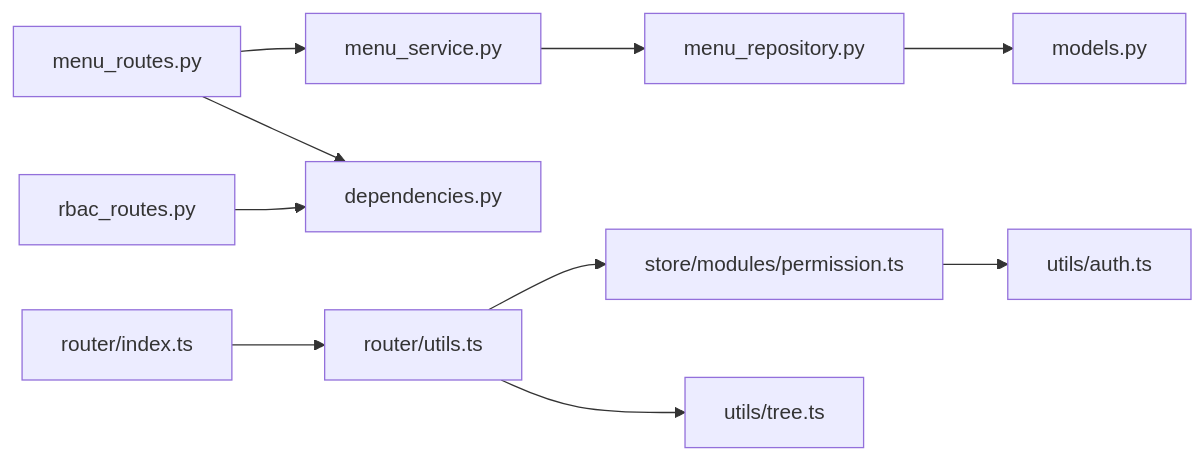
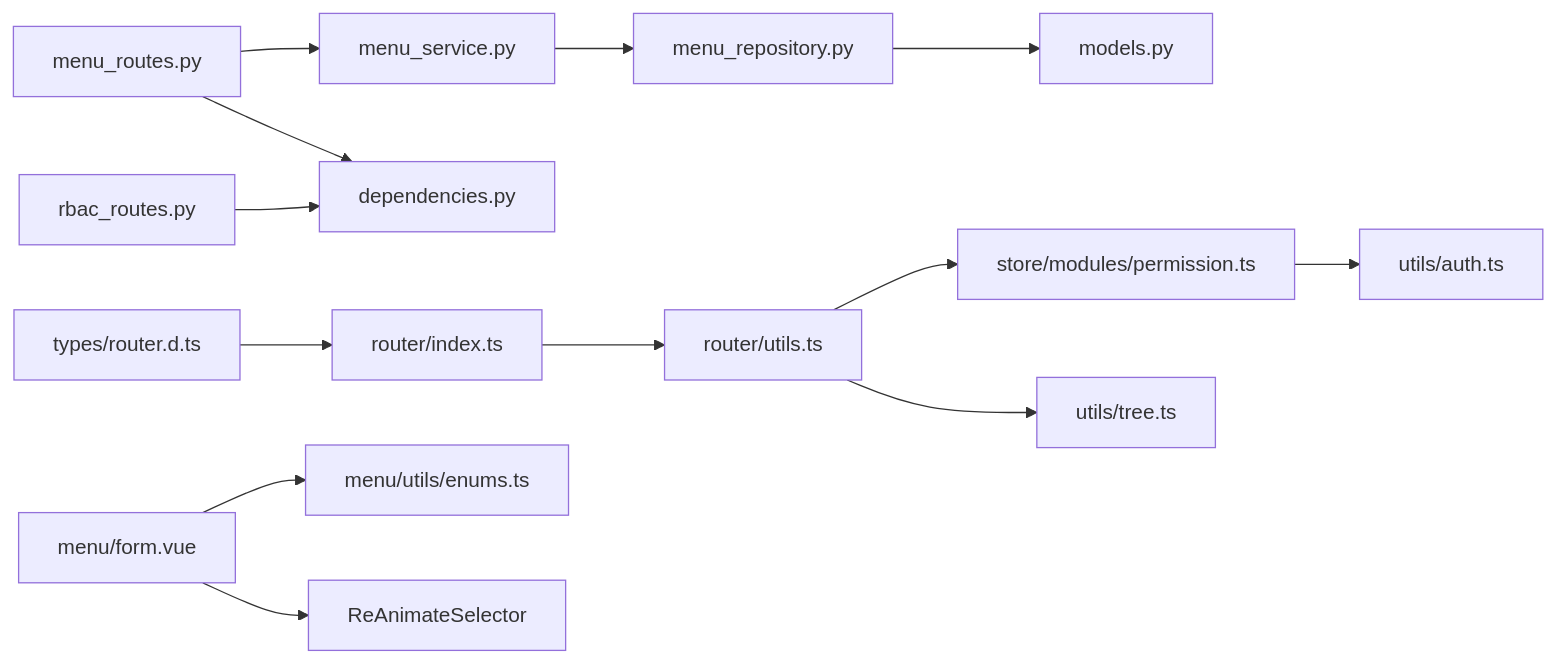
One commit to taoweidong/Hello-FastApi changed the ninth of 10 diagrams in .qoder/repowiki/zh/content/项目概述/核心特性/动态菜单生成.md. Above: the diagram before and after it, drawn with Mermaid. The commit also changed other lines of this file and 11 other files, not shown here.

````diff
--- a/.qoder/repowiki/zh/content/项目概述/核心特性/动态菜单生成.md
+++ b/.qoder/repowiki/zh/content/项目概述/核心特性/动态菜单生成.md
@@ -346,12 +453,15 @@
 ```mermaid
 graph LR
 MR["menu_routes.py"] --> MS["menu_service.py"]
 MS --> IR["menu_repository.py"]
 IR --> DM["models.py"]
 MR --> AD["dependencies.py"]
 RR["rbac_routes.py"] --> AD
 RI["router/index.ts"] --> RU["router/utils.ts"]
 RU --> PS["store/modules/permission.ts"]
 RU --> UT["utils/tree.ts"]
 PS --> AU["utils/auth.ts"]
+MF["menu/form.vue"] --> ME["menu/utils/enums.ts"]
+MF --> MA["ReAnimateSelector"]
+RT["types/router.d.ts"] --> RI
 ```
````
